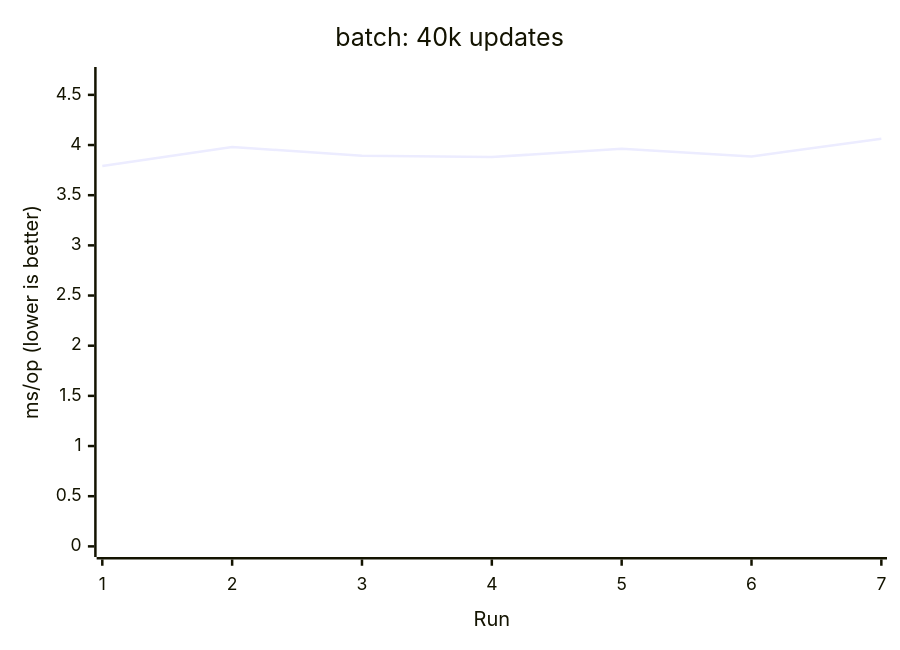
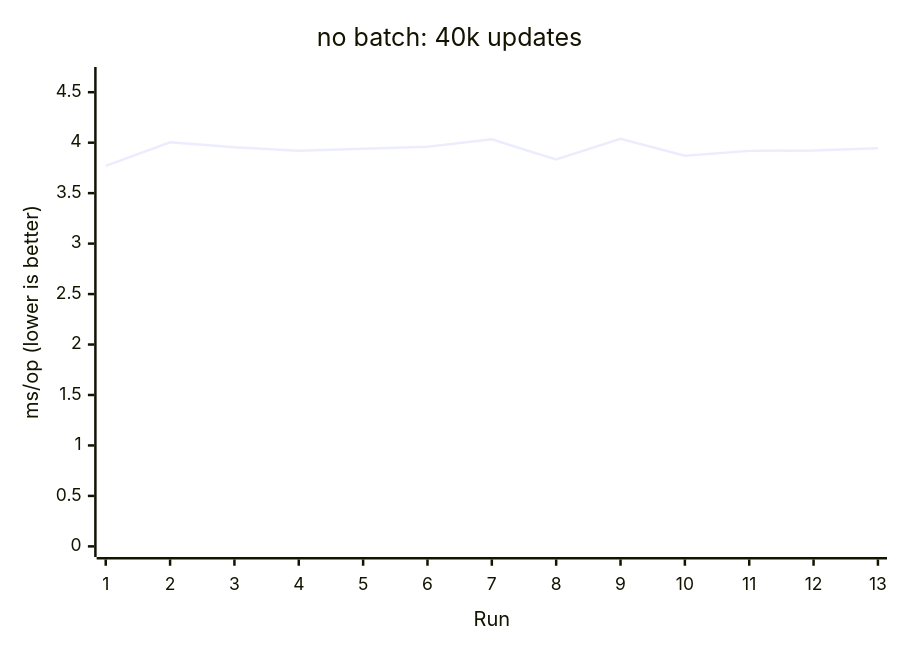
One commit to AIluffy/io changed the tenth of 17 diagrams in apps/docs/src/content/docs/en/guides/benchmark.mdx. Above: the diagram before and after it, drawn with Mermaid. The commit also changed other lines of this file and 11 other files, not shown here.

````diff
--- a/apps/docs/src/content/docs/en/guides/benchmark.mdx
+++ b/apps/docs/src/content/docs/en/guides/benchmark.mdx
@@ -224,7 +311,7 @@
 ```mermaid
 xychart-beta
-  title "batch: 40k updates"
-  x-axis "Run" [1, 2, 3, 4, 5, 6, 7]
-  y-axis "ms/op (lower is better)" 0 --> 4.6718
-  line [3.7899, 3.981, 3.8937, 3.8797, 3.9636, 3.8868, 4.0624]
+  title "no batch: 40k updates"
+  x-axis "Run" [1, 2, 3, 4, 5, 6, 7, 8, 9, 10, 11, 12, 13]
+  y-axis "ms/op (lower is better)" 0 --> 4.6446
+  line [3.7705, 4.0045, 3.9537, 3.919, 3.9399, 3.9601, 4.0328, 3.8328, 4.0388, 3.8705, 3.9188, 3.9234, 3.9458]
 ```
````
